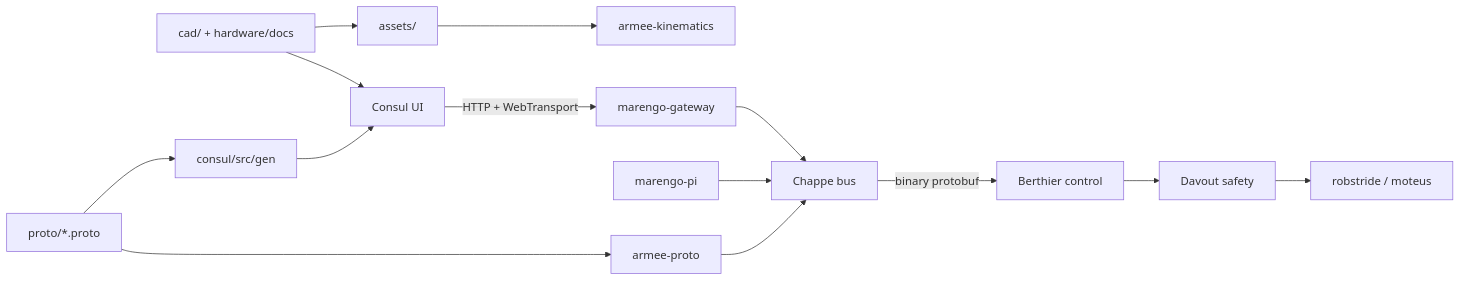
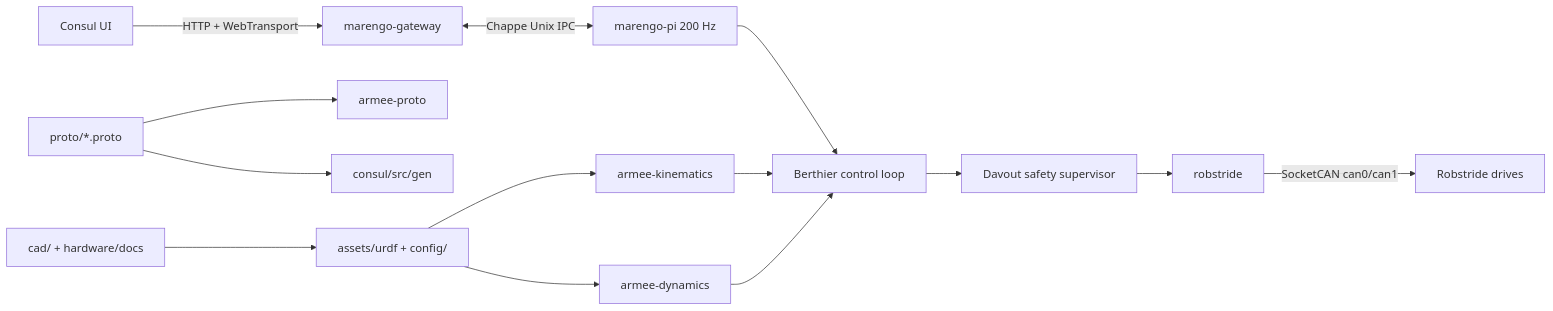
The diagram in docs/architecture.md (jaylamping/marengo), drawn with Mermaid before and after one commit. The commit also changed other lines of this file and 50 other files, not shown here.

````diff
--- a/docs/architecture.md
+++ b/docs/architecture.md
@@ -11,16 +11,16 @@
 ```mermaid
 flowchart LR
-  HW[cad/ + hardware/docs] --> Assets[assets/]
+  HW[cad/ + hardware/docs] --> Assets[assets/urdf + config/]
   Assets --> KIN[armee-kinematics]
+  Assets --> DYN[armee-dynamics]
   Proto[proto/*.proto] --> AP[armee-proto]
   Proto --> ConsulGen[consul/src/gen]
-  AP --> Chappe[Chappe bus]
-  ConsulGen --> Consul[Consul UI]
-  HW --> Consul
-  Pi[marengo-pi] --> Chappe
-  Gateway[marengo-gateway] --> Chappe
-  Consul[Consul UI] -->|HTTP + WebTransport| Gateway
-  Chappe -->|"binary protobuf"| Berthier[Berthier control]
-  Berthier --> Davout[Davout safety]
-  Davout --> Motors[robstride / moteus]
+  Consul[Consul UI] -->|HTTP + WebTransport| Gateway[marengo-gateway]
+  Gateway <-->|Chappe Unix IPC| Pi[marengo-pi 200 Hz]
+  Pi --> Berthier[Berthier control loop]
+  KIN --> Berthier
+  DYN --> Berthier
+  Berthier --> Davout[Davout safety supervisor]
+  Davout --> RS[robstride]
+  RS -->|SocketCAN can0/can1| Drives[Robstride drives]
 ```
````
